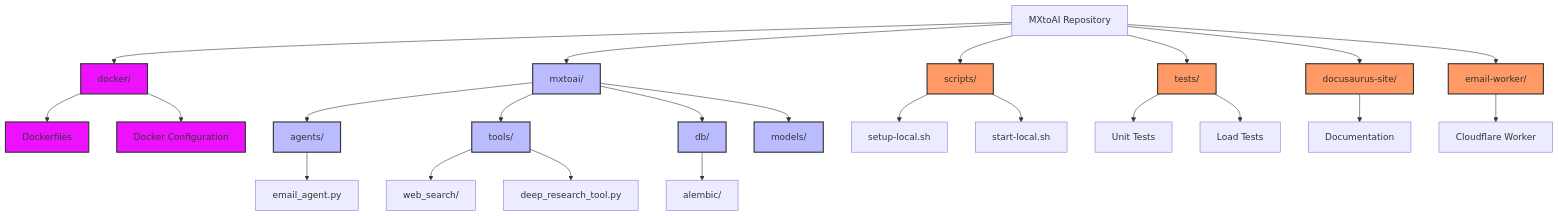
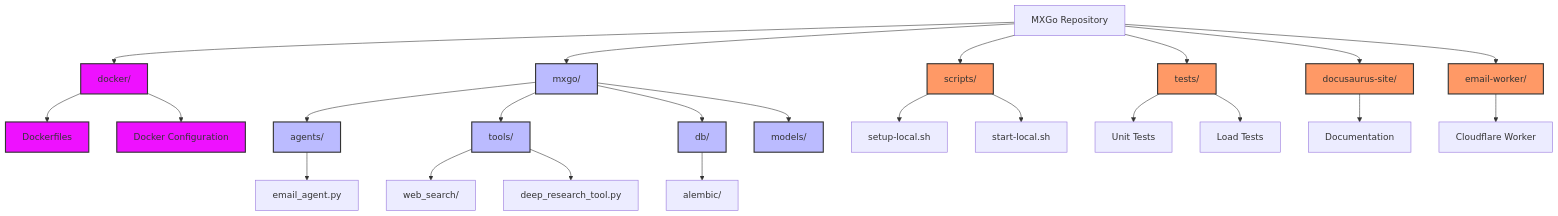
One commit to mxgoai/mxgo-core changed the diagram in README.md. Above: the diagram before and after it, drawn with Mermaid. The commit also changed other lines of this file and 182 other files, not shown here.

Commit message:
Change MXtoAI usages to MXGo

````diff
--- a/README.md
+++ b/README.md
@@ -248,39 +248,39 @@
 ```mermaid
 graph TD
-    A["MXtoAI Repository"] --> B["docker/"]
-    A --> C["mxtoai/"]
+    A["MXGo Repository"] --> B["docker/"]
+    A --> C["mxgo/"]
     A --> D["scripts/"]
     A --> E["tests/"]
     A --> F["docusaurus-site/"]
     A --> G["email-worker/"]
 
     B --> B1["Dockerfiles"]
     B --> B2["Docker Configuration"]
 
     C --> C1["agents/"]
     C --> C2["tools/"]
     C --> C3["db/"]
     C --> C4["models/"]
 
     C1 --> C1A["email_agent.py"]
     C2 --> C2A["web_search/"]
     C2 --> C2B["deep_research_tool.py"]
     C3 --> C3A["alembic/"]
 
     D --> D1["setup-local.sh"]
     D --> D2["start-local.sh"]
 
     E --> E1["Unit Tests"]
     E --> E2["Load Tests"]
 
     F --> F1["Documentation"]
     G --> G1["Cloudflare Worker"]
 
     classDef config fill:#f96,stroke:#333,stroke-width:2px
     classDef core fill:#bbf,stroke:#333,stroke-width:2px
     classDef docker fill:#e1f,stroke:#333,stroke-width:2px
 
     class B,B1,B2 docker
     class C,C1,C2,C3,C4 core
     class D,E,F,G config
 ```
````
